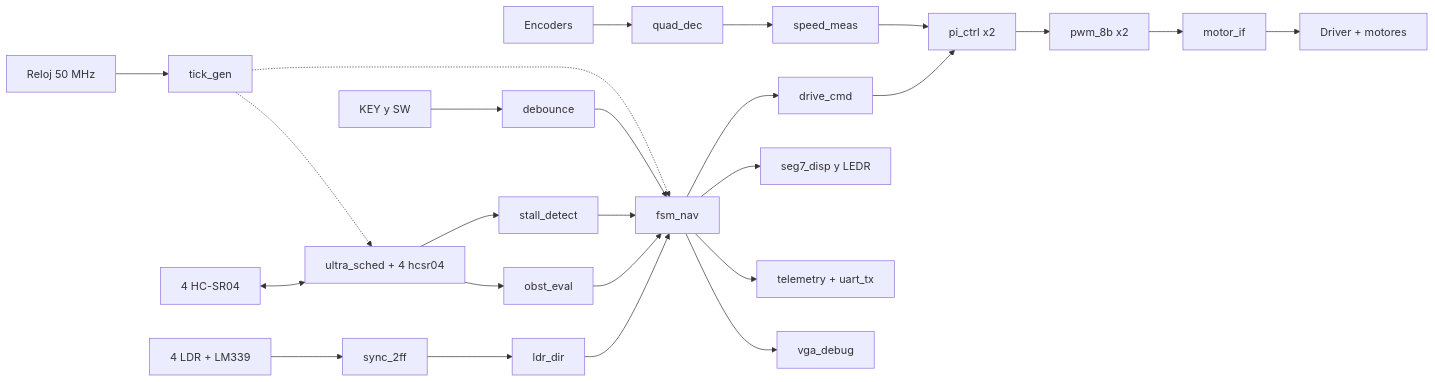
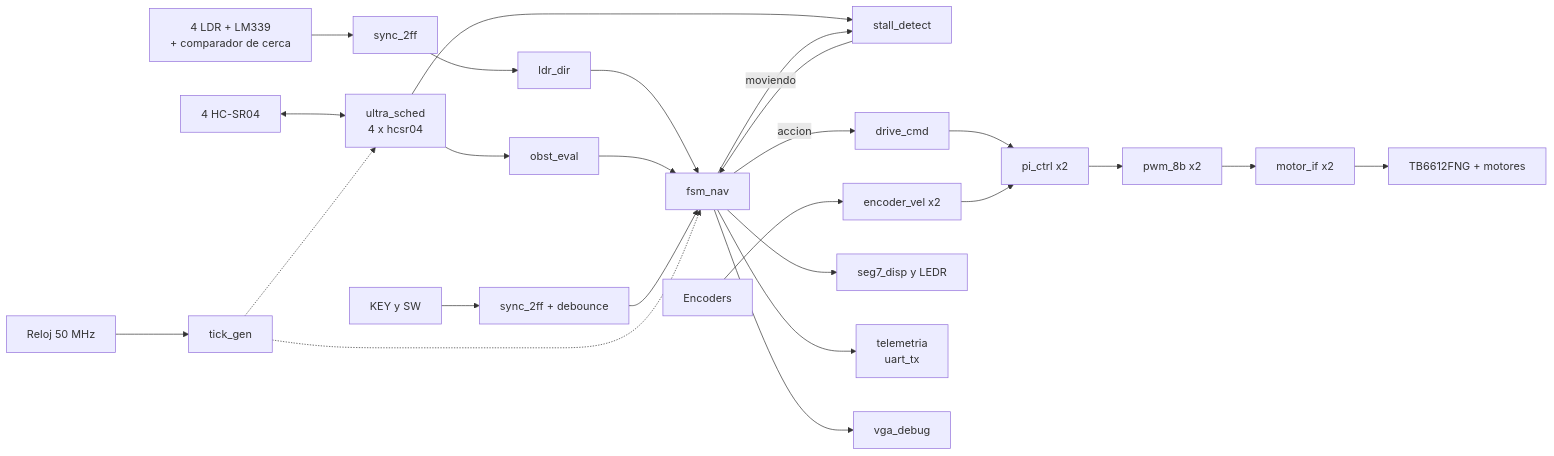
The first of 2 diagrams in docs/ARQUITECTURA.md (samisal123/robot-seguidor-luz-vlsi), drawn with Mermaid before and after one commit. The commit also changed other lines of this file and 6 other files, not shown here.

````diff
--- a/docs/ARQUITECTURA.md
+++ b/docs/ARQUITECTURA.md
@@ -15,27 +16,27 @@
 ```mermaid
 flowchart LR
     CLK[Reloj 50 MHz] --> TICK[tick_gen]
-    KEY[KEY y SW] --> DEB[debounce]
-    LDR[4 LDR + LM339] --> SY1[sync_2ff]
+    KEY[KEY y SW] --> SYK[sync_2ff + debounce]
+    LDR[4 LDR + LM339<br/>+ comparador de cerca] --> SY1[sync_2ff]
     SY1 --> DIR[ldr_dir]
-    US[4 HC-SR04] <--> SCH[ultra_sched + 4 hcsr04]
+    US[4 HC-SR04] <--> SCH[ultra_sched<br/>4 x hcsr04]
     SCH --> OBS[obst_eval]
-    ENC[Encoders] --> QD[quad_dec]
-    QD --> SPD[speed_meas]
+    SCH --> STL[stall_detect]
     DIR --> FSM[fsm_nav]
     OBS --> FSM
-    SCH --> STL[stall_detect]
     STL --> FSM
-    DEB --> FSM
+    SYK --> FSM
+    FSM -- moviendo --> STL
+    FSM -- accion --> CMD[drive_cmd]
+    ENC[Encoders] --> VEL[encoder_vel x2]
+    CMD --> PI[pi_ctrl x2]
+    VEL --> PI
+    PI --> PWM[pwm_8b x2]
+    PWM --> MIF[motor_if x2]
+    MIF --> DRV[TB6612FNG + motores]
+    FSM --> DSP[seg7_disp y LEDR]
+    FSM --> TEL[telemetria<br/>uart_tx]
+    FSM --> VGA[vga_debug]
     TICK -.-> SCH
     TICK -.-> FSM
-    FSM --> CMD[drive_cmd]
-    CMD --> PI[pi_ctrl x2]
-    SPD --> PI
-    PI --> PWM[pwm_8b x2]
-    PWM --> MIF[motor_if]
-    MIF --> DRV[Driver + motores]
-    FSM --> DSP[seg7_disp y LEDR]
-    FSM --> TEL[telemetry + uart_tx]
-    FSM --> VGA[vga_debug]
 ```
````
